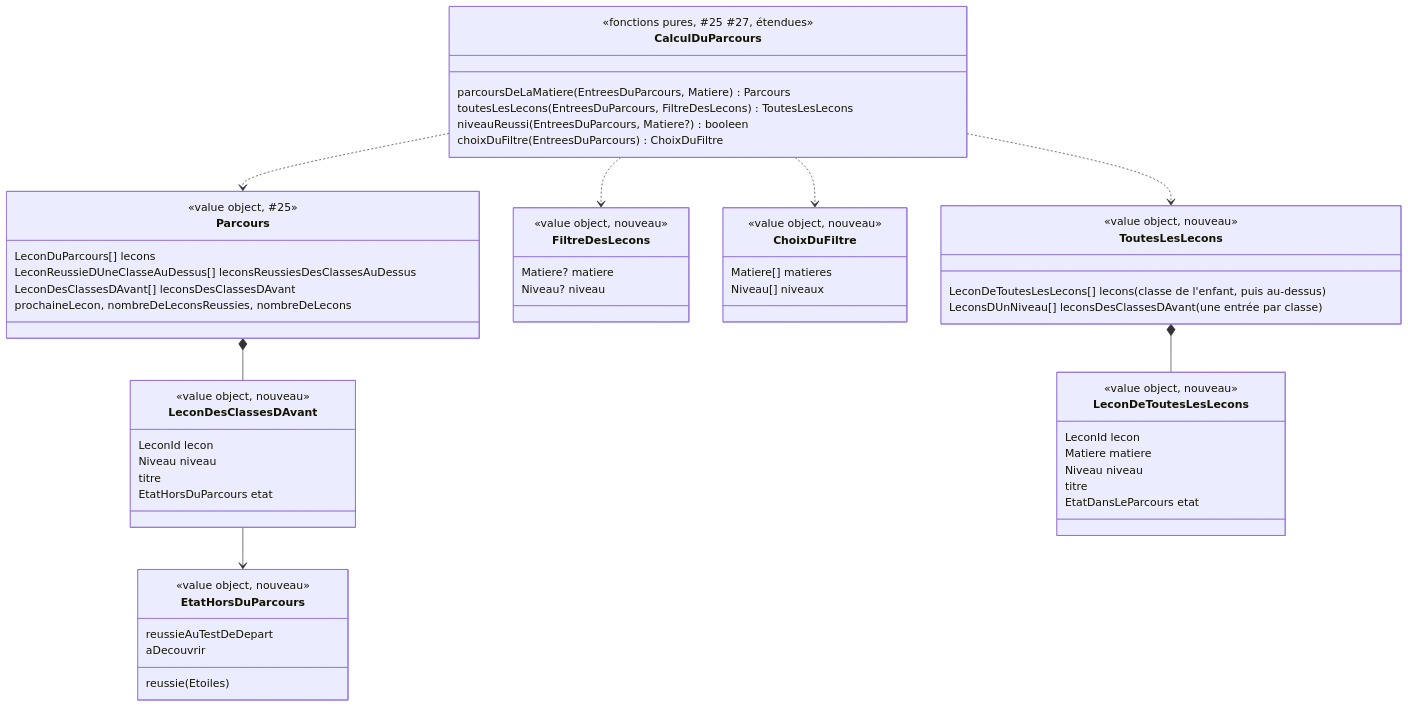
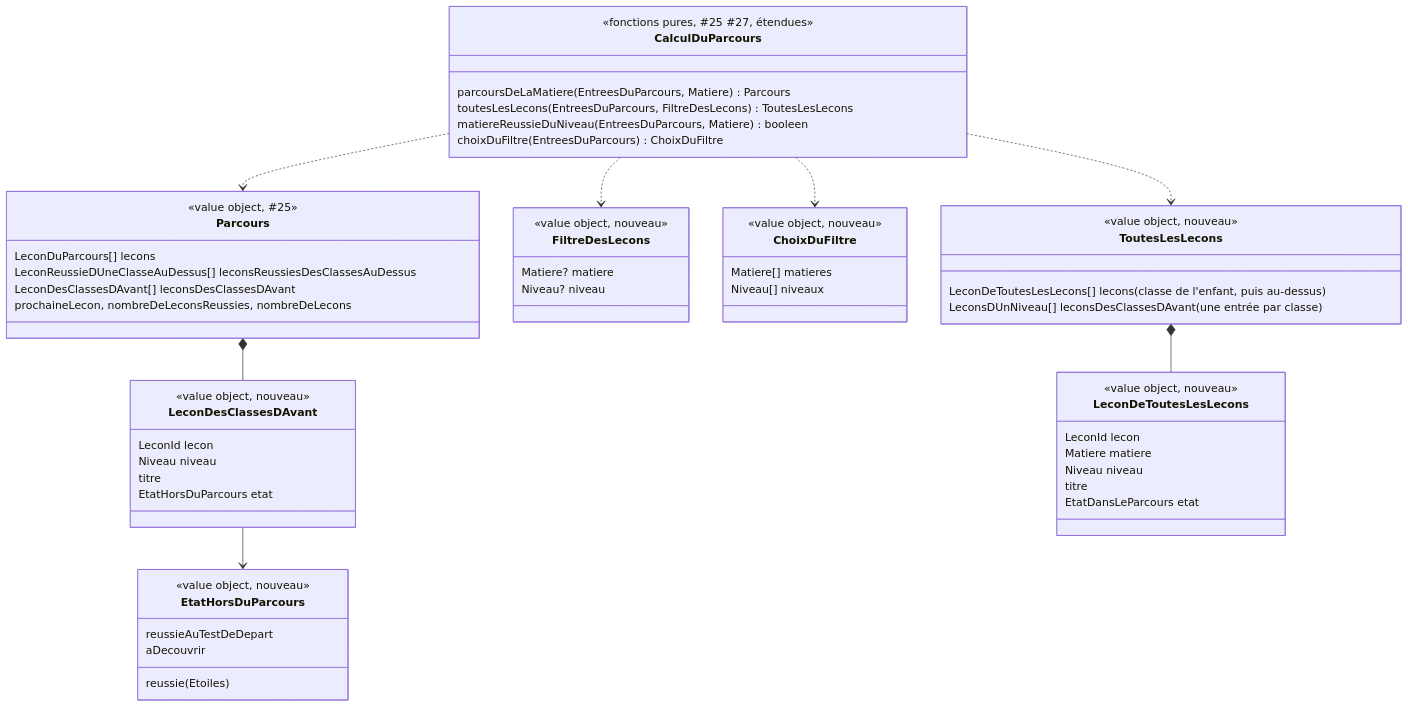
One commit to SBA-dev/github-move changed the diagram in docs/stories/26/domain-model.md. Above: the diagram before and after it, drawn with Mermaid. The commit also changed other lines of this file, not shown here.

````diff
--- a/docs/stories/26/domain-model.md
+++ b/docs/stories/26/domain-model.md
@@ -55,60 +55,60 @@
 ```mermaid
 classDiagram
   class CalculDuParcours {
     <<fonctions pures, #25 #27, étendues>>
     parcoursDeLaMatiere(EntreesDuParcours, Matiere) Parcours
     toutesLesLecons(EntreesDuParcours, FiltreDesLecons) ToutesLesLecons
-    niveauReussi(EntreesDuParcours, Matiere?) booleen
+    matiereReussieDuNiveau(EntreesDuParcours, Matiere) booleen
     choixDuFiltre(EntreesDuParcours) ChoixDuFiltre
   }
   class Parcours {
     <<value object, #25>>
     LeconDuParcours[] lecons
     LeconReussieDUneClasseAuDessus[] leconsReussiesDesClassesAuDessus
     LeconDesClassesDAvant[] leconsDesClassesDAvant
     prochaineLecon, nombreDeLeconsReussies, nombreDeLecons
   }
   class LeconDesClassesDAvant {
     <<value object, nouveau>>
     LeconId lecon
     Niveau niveau
     titre
     EtatHorsDuParcours etat
   }
   class EtatHorsDuParcours {
     <<value object, nouveau>>
     reussie(Etoiles)
     reussieAuTestDeDepart
     aDecouvrir
   }
   class FiltreDesLecons {
     <<value object, nouveau>>
     Matiere? matiere
     Niveau? niveau
   }
   class ChoixDuFiltre {
     <<value object, nouveau>>
     Matiere[] matieres
     Niveau[] niveaux
   }
   class ToutesLesLecons {
     <<value object, nouveau>>
     LeconDeToutesLesLecons[] lecons (classe de l'enfant, puis au-dessus)
     LeconsDUnNiveau[] leconsDesClassesDAvant (une entrée par classe)
   }
   class LeconDeToutesLesLecons {
     <<value object, nouveau>>
     LeconId lecon
     Matiere matiere
     Niveau niveau
     titre
     EtatDansLeParcours etat
   }
   CalculDuParcours ..> Parcours
   CalculDuParcours ..> ToutesLesLecons
   ToutesLesLecons *-- LeconDeToutesLesLecons
   CalculDuParcours ..> FiltreDesLecons
   CalculDuParcours ..> ChoixDuFiltre
   Parcours *-- LeconDesClassesDAvant
   LeconDesClassesDAvant --> EtatHorsDuParcours
 ```
````
